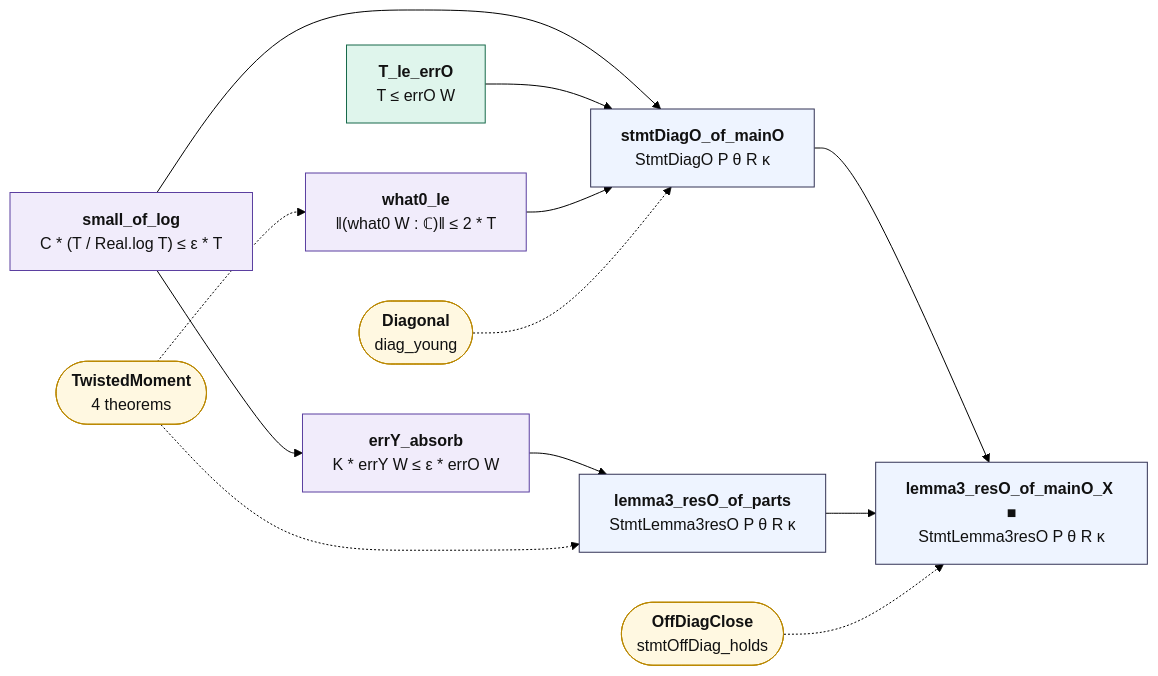
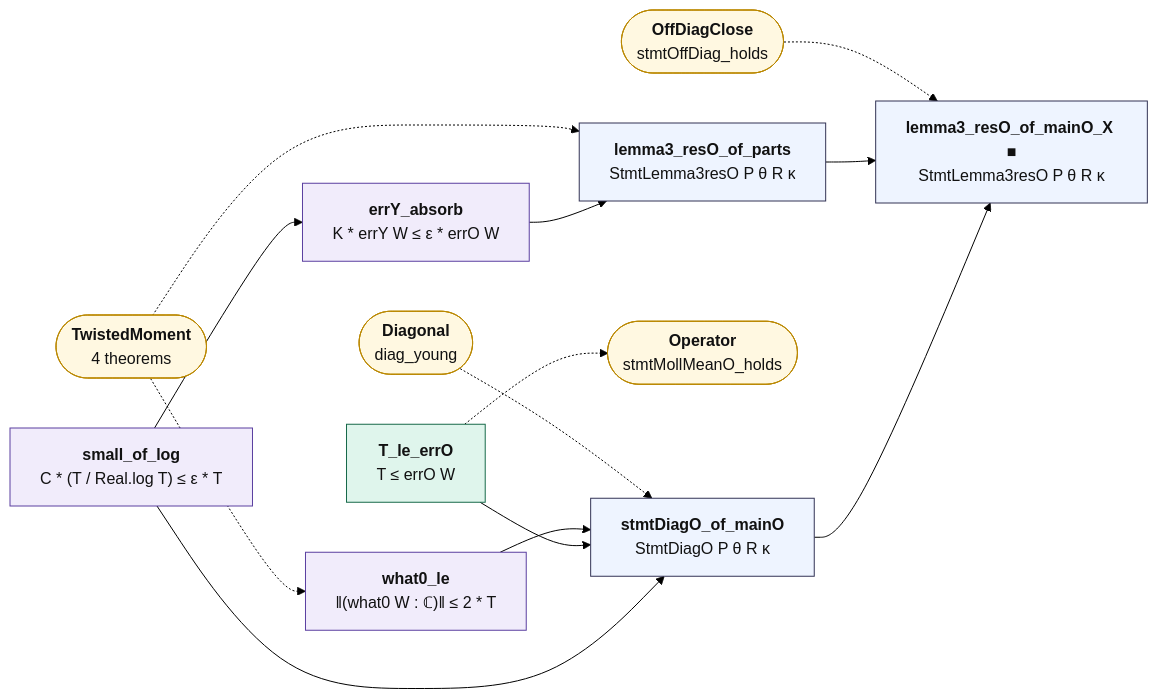
Before and after one commit to juliansambranojr/Primebeat_081426: the diagram in map/lean_stage3/DiagonalO.md, drawn with Mermaid (forest theme). The commit also changed other lines of this file and 31 other files, not shown here.

````diff
--- a/map/lean_stage3/DiagonalO.md
+++ b/map/lean_stage3/DiagonalO.md
@@ -14,32 +14,34 @@
 ```mermaid
 flowchart LR
   n0["<b>small_of_log</b><br/>C * (T / Real.log T) ≤ ε * T"]:::shp
   n1["<b>errY_absorb</b><br/>K * errY W ≤ ε * errO W"]:::shp
   n2["<b>T_le_errO</b><br/>T ≤ errO W"]:::cnt
   n3["<b>what0_le</b><br/>‖(what0 W : ℂ)‖ ≤ 2 * T"]:::shp
   n4["<b>stmtDiagO_of_mainO</b><br/>StmtDiagO P θ R κ"]:::thm
   n5["<b>lemma3_resO_of_parts</b><br/>StmtLemma3resO P θ R κ"]:::thm
   n6["<b>lemma3_resO_of_mainO_X ■</b><br/>StmtLemma3resO P θ R κ"]:::thm
-  x0(["<b>TwistedMoment</b><br/>4 theorems"]):::ext
-  x1(["<b>Diagonal</b><br/>diag_young"]):::ext
-  x2(["<b>OffDiagClose</b><br/>stmtOffDiag_holds"]):::ext
+  x0(["<b>Operator</b><br/>stmtMollMeanO_holds"]):::ext
+  x1(["<b>TwistedMoment</b><br/>4 theorems"]):::ext
+  x2(["<b>Diagonal</b><br/>diag_young"]):::ext
+  x3(["<b>OffDiagClose</b><br/>stmtOffDiag_holds"]):::ext
   n0 --> n1
   n0 --> n4
   n1 --> n5
   n2 --> n4
   n3 --> n4
   n4 --> n6
   n5 --> n6
-  x0 -.-> n3
-  x0 -.-> n5
-  x1 -.-> n4
-  x2 -.-> n6
+  n2 -.-> x0
+  x1 -.-> n3
+  x1 -.-> n5
+  x2 -.-> n4
+  x3 -.-> n6
   classDef cnt fill:#dff5ec,stroke:#17694a,color:#111
   classDef shp fill:#f1ecfb,stroke:#5b3fa0,color:#111
   classDef rh fill:#ffe5e5,stroke:#c22,color:#111,stroke-width:2px
   classDef thm fill:#eef4ff,stroke:#335,color:#111
   classDef end_ fill:#e7f7e7,stroke:#2a7,color:#111,stroke-width:2px
   classDef lone fill:#fff,stroke:#999,color:#111,stroke-dasharray:4 3
   classDef bad fill:#ffe5e5,stroke:#c22,color:#111,stroke-width:2px
   classDef ext fill:#fff8e1,stroke:#b80,color:#111
 ```
````
